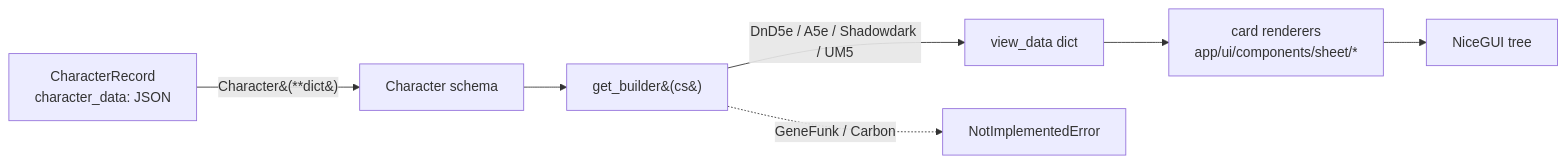
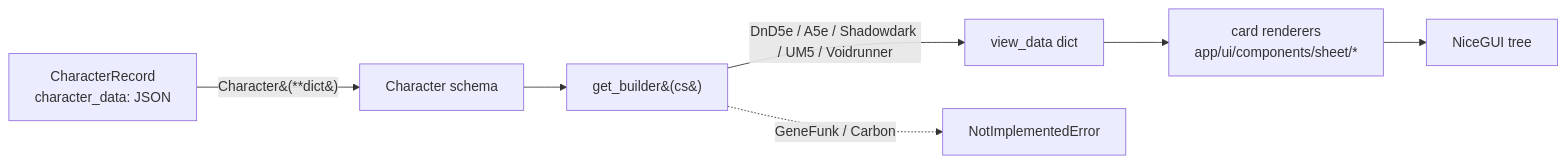
One commit to jeskritt/donjondocs changed the third of 3 diagrams in docs/architecture.md. Above: the diagram before and after it, drawn with Mermaid. The commit also changed other lines of this file and 30 other files, not shown here.

````diff
--- a/docs/architecture.md
+++ b/docs/architecture.md
@@ -73,9 +73,9 @@
 ```mermaid
 flowchart LR
   CR[CharacterRecord<br/>character_data: JSON] -->|Character&#40;**dict&#41;| CS[Character schema]
   CS --> GB[get_builder&#40;cs&#41;]
-  GB -->|DnD5e / A5e / Shadowdark / UM5| VD[view_data dict]
+  GB -->|DnD5e / A5e / Shadowdark / UM5 / Voidrunner| VD[view_data dict]
   GB -.->|GeneFunk / Carbon| NI[NotImplementedError]
   VD --> R[card renderers<br/>app/ui/components/sheet/*]
   R --> UI[NiceGUI tree]
 ```
````
